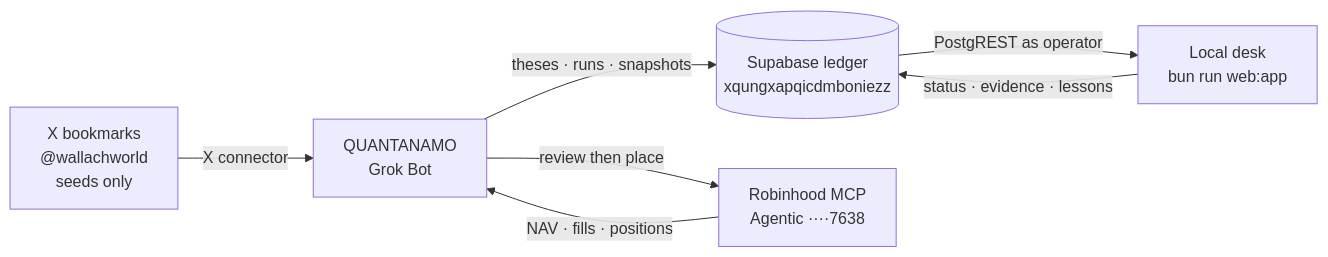
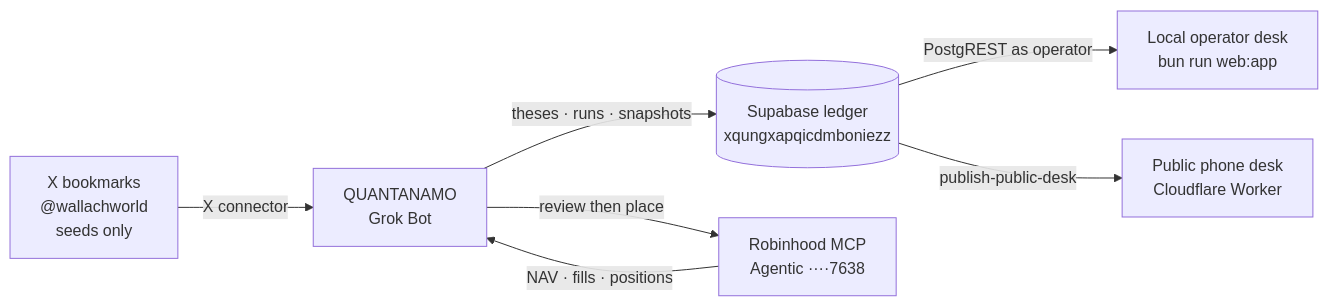
Before and after one commit to dwallach1/grasshopper: the first of 2 diagrams in README.md, drawn with Mermaid. The commit also changed other lines of this file and 50 other files, not shown here.

First line of the commit message:
Add a public read-only Cloudflare phone desk.

````diff
--- a/README.md
+++ b/README.md
@@ -30,15 +30,16 @@
 ```mermaid
 flowchart LR
   X["X bookmarks<br/>@wallachworld<br/>seeds only"]
   G["QUANTANAMO<br/>Grok Bot"]
   L[("Supabase ledger<br/>xqungxapqicdmboniezz")]
-  D["Local desk<br/>bun run web:app"]
+  D["Local operator desk<br/>bun run web:app"]
+  P["Public phone desk<br/>Cloudflare Worker"]
   R["Robinhood MCP<br/>Agentic ····7638"]
 
   X -->|X connector| G
   G -->|theses · runs · snapshots| L
   L -->|PostgREST as operator| D
-  D -->|status · evidence · lessons| L
+  L -->|publish-public-desk| P
   G -->|review then place| R
   R -->|NAV · fills · positions| G
 ```
````
